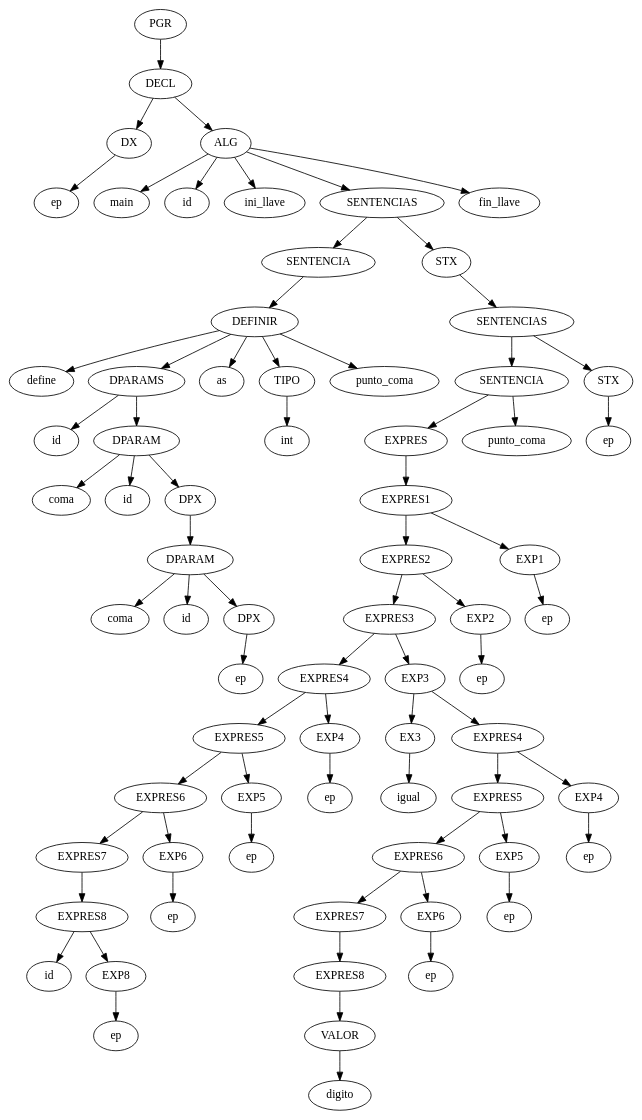
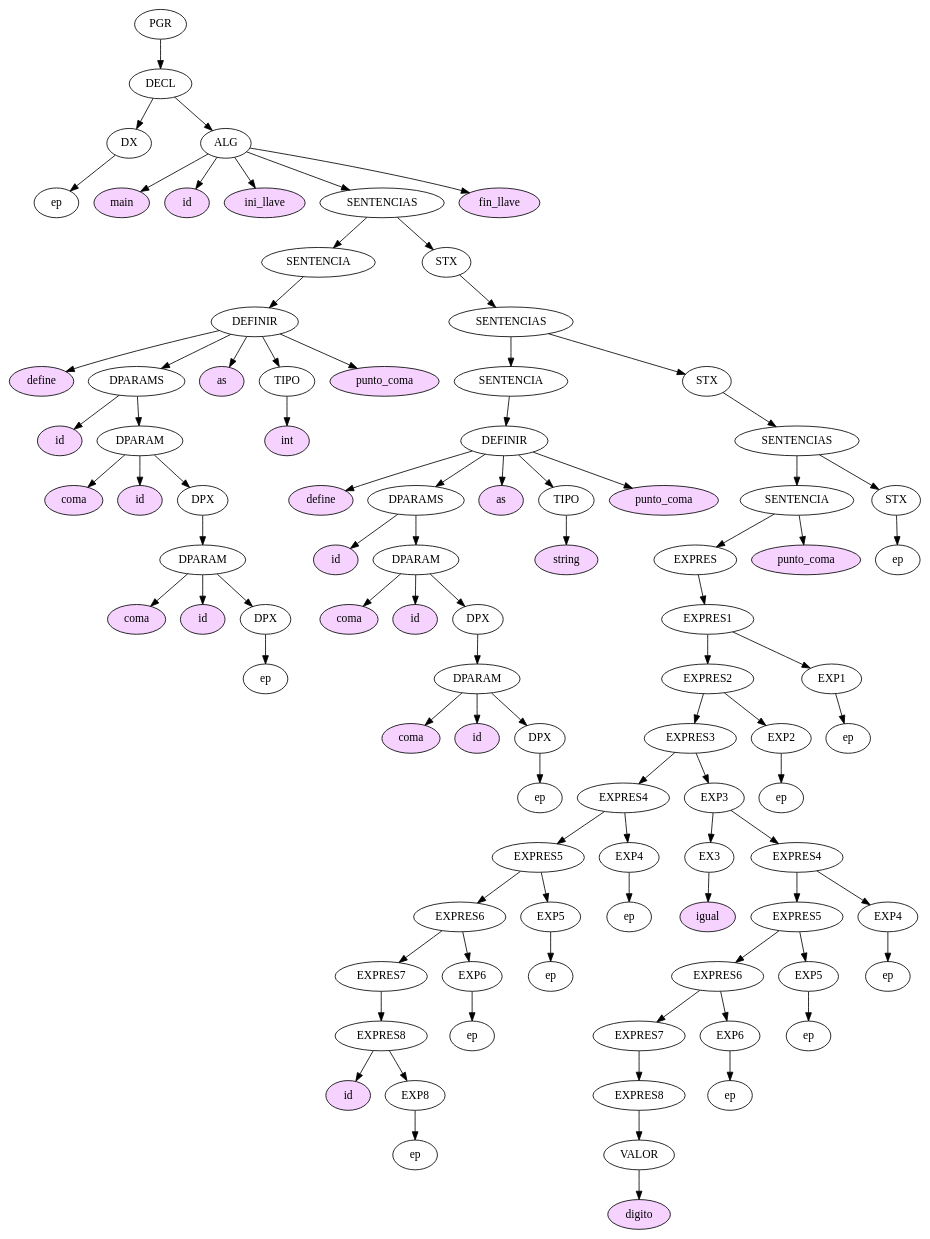
Before and after one commit to l0stKitten/Grammar: the diagram in doctest-output/graficoGRAMAR.gv, drawn with Graphviz. The commit also changed 5 other files, not shown here.

```diff
--- a/doctest-output/graficoGRAMAR.gv
+++ b/doctest-output/graficoGRAMAR.gv
@@ -11,15 +11,15 @@
 	4 [label=ep]
 	2 -> 4 [ordering=out]
 	3 [label=ALG]
-	5 [label=main]
+	5 [label=main fillcolor="#F6D2FF" style=filled]
 	3 -> 5 [ordering=out]
-	6 [label=id]
+	6 [label=id fillcolor="#F6D2FF" style=filled]
 	3 -> 6 [ordering=out]
-	7 [label=ini_llave]
+	7 [label=ini_llave fillcolor="#F6D2FF" style=filled]
 	3 -> 7 [ordering=out]
 	8 [label=SENTENCIAS]
 	3 -> 8 [ordering=out]
-	9 [label=fin_llave]
+	9 [label=fin_llave fillcolor="#F6D2FF" style=filled]
 	3 -> 9 [ordering=out]
 	8 [label=SENTENCIAS]
 	10 [label=SENTENCIA]
@@ -30,25 +30,25 @@
 	12 [label=DEFINIR]
 	10 -> 12 [ordering=out]
 	12 [label=DEFINIR]
-	13 [label=define]
+	13 [label=define fillcolor="#F6D2FF" style=filled]
 	12 -> 13 [ordering=out]
 	14 [label=DPARAMS]
 	12 -> 14 [ordering=out]
-	15 [label=as]
+	15 [label=as fillcolor="#F6D2FF" style=filled]
 	12 -> 15 [ordering=out]
 	16 [label=TIPO]
 	12 -> 16 [ordering=out]
-	17 [label=punto_coma]
+	17 [label=punto_coma fillcolor="#F6D2FF" style=filled]
 	12 -> 17 [ordering=out]
 	14 [label=DPARAMS]
-	18 [label=id]
+	18 [label=id fillcolor="#F6D2FF" style=filled]
 	14 -> 18 [ordering=out]
 	19 [label=DPARAM]
 	14 -> 19 [ordering=out]
 	19 [label=DPARAM]
-	20 [label=coma]
+	20 [label=coma fillcolor="#F6D2FF" style=filled]
 	19 -> 20 [ordering=out]
-	21 [label=id]
+	21 [label=id fillcolor="#F6D2FF" style=filled]
 	19 -> 21 [ordering=out]
 	22 [label=DPX]
 	19 -> 22 [ordering=out]
@@ -56,9 +56,9 @@
 	23 [label=DPARAM]
 	22 -> 23 [ordering=out]
 	23 [label=DPARAM]
-	24 [label=coma]
+	24 [label=coma fillcolor="#F6D2FF" style=filled]
 	23 -> 24 [ordering=out]
-	25 [label=id]
+	25 [label=id fillcolor="#F6D2FF" style=filled]
 	23 -> 25 [ordering=out]
 	26 [label=DPX]
 	23 -> 26 [ordering=out]
@@ -66,7 +66,7 @@
 	27 [label=ep]
 	26 -> 27 [ordering=out]
 	16 [label=TIPO]
-	28 [label=int]
+	28 [label=int fillcolor="#F6D2FF" style=filled]
 	16 -> 28 [ordering=out]
 	11 [label=STX]
 	29 [label=SENTENCIAS]
@@ -77,111 +77,161 @@
 	31 [label=STX]
 	29 -> 31 [ordering=out]
 	30 [label=SENTENCIA]
-	32 [label=EXPRES]
+	32 [label=DEFINIR]
 	30 -> 32 [ordering=out]
-	33 [label=punto_coma]
-	30 -> 33 [ordering=out]
-	32 [label=EXPRES]
-	34 [label=EXPRES1]
+	32 [label=DEFINIR]
+	33 [label=define fillcolor="#F6D2FF" style=filled]
+	32 -> 33 [ordering=out]
+	34 [label=DPARAMS]
 	32 -> 34 [ordering=out]
-	34 [label=EXPRES1]
-	35 [label=EXPRES2]
-	34 -> 35 [ordering=out]
-	36 [label=EXP1]
-	34 -> 36 [ordering=out]
-	35 [label=EXPRES2]
-	37 [label=EXPRES3]
-	35 -> 37 [ordering=out]
-	38 [label=EXP2]
-	35 -> 38 [ordering=out]
-	37 [label=EXPRES3]
-	39 [label=EXPRES4]
-	37 -> 39 [ordering=out]
-	40 [label=EXP3]
-	37 -> 40 [ordering=out]
-	39 [label=EXPRES4]
-	41 [label=EXPRES5]
+	35 [label=as fillcolor="#F6D2FF" style=filled]
+	32 -> 35 [ordering=out]
+	36 [label=TIPO]
+	32 -> 36 [ordering=out]
+	37 [label=punto_coma fillcolor="#F6D2FF" style=filled]
+	32 -> 37 [ordering=out]
+	34 [label=DPARAMS]
+	38 [label=id fillcolor="#F6D2FF" style=filled]
+	34 -> 38 [ordering=out]
+	39 [label=DPARAM]
+	34 -> 39 [ordering=out]
+	39 [label=DPARAM]
+	40 [label=coma fillcolor="#F6D2FF" style=filled]
+	39 -> 40 [ordering=out]
+	41 [label=id fillcolor="#F6D2FF" style=filled]
 	39 -> 41 [ordering=out]
-	42 [label=EXP4]
+	42 [label=DPX]
 	39 -> 42 [ordering=out]
-	41 [label=EXPRES5]
-	43 [label=EXPRES6]
-	41 -> 43 [ordering=out]
-	44 [label=EXP5]
-	41 -> 44 [ordering=out]
-	43 [label=EXPRES6]
-	45 [label=EXPRES7]
+	42 [label=DPX]
+	43 [label=DPARAM]
+	42 -> 43 [ordering=out]
+	43 [label=DPARAM]
+	44 [label=coma fillcolor="#F6D2FF" style=filled]
+	43 -> 44 [ordering=out]
+	45 [label=id fillcolor="#F6D2FF" style=filled]
 	43 -> 45 [ordering=out]
-	46 [label=EXP6]
+	46 [label=DPX]
 	43 -> 46 [ordering=out]
-	45 [label=EXPRES7]
-	47 [label=EXPRES8]
-	45 -> 47 [ordering=out]
-	47 [label=EXPRES8]
-	48 [label=id]
-	47 -> 48 [ordering=out]
-	49 [label=EXP8]
-	47 -> 49 [ordering=out]
-	49 [label=EXP8]
-	50 [label=ep]
+	46 [label=DPX]
+	47 [label=ep]
+	46 -> 47 [ordering=out]
+	36 [label=TIPO]
+	48 [label=string fillcolor="#F6D2FF" style=filled]
+	36 -> 48 [ordering=out]
+	31 [label=STX]
+	49 [label=SENTENCIAS]
+	31 -> 49 [ordering=out]
+	49 [label=SENTENCIAS]
+	50 [label=SENTENCIA]
 	49 -> 50 [ordering=out]
-	46 [label=EXP6]
-	51 [label=ep]
-	46 -> 51 [ordering=out]
-	44 [label=EXP5]
-	52 [label=ep]
-	44 -> 52 [ordering=out]
-	42 [label=EXP4]
-	53 [label=ep]
-	42 -> 53 [ordering=out]
-	40 [label=EXP3]
-	54 [label=EX3]
-	40 -> 54 [ordering=out]
-	55 [label=EXPRES4]
-	40 -> 55 [ordering=out]
-	54 [label=EX3]
-	56 [label=igual]
+	51 [label=STX]
+	49 -> 51 [ordering=out]
+	50 [label=SENTENCIA]
+	52 [label=EXPRES]
+	50 -> 52 [ordering=out]
+	53 [label=punto_coma fillcolor="#F6D2FF" style=filled]
+	50 -> 53 [ordering=out]
+	52 [label=EXPRES]
+	54 [label=EXPRES1]
+	52 -> 54 [ordering=out]
+	54 [label=EXPRES1]
+	55 [label=EXPRES2]
+	54 -> 55 [ordering=out]
+	56 [label=EXP1]
 	54 -> 56 [ordering=out]
-	55 [label=EXPRES4]
-	57 [label=EXPRES5]
+	55 [label=EXPRES2]
+	57 [label=EXPRES3]
 	55 -> 57 [ordering=out]
-	58 [label=EXP4]
+	58 [label=EXP2]
 	55 -> 58 [ordering=out]
-	57 [label=EXPRES5]
-	59 [label=EXPRES6]
+	57 [label=EXPRES3]
+	59 [label=EXPRES4]
 	57 -> 59 [ordering=out]
-	60 [label=EXP5]
+	60 [label=EXP3]
 	57 -> 60 [ordering=out]
-	59 [label=EXPRES6]
-	61 [label=EXPRES7]
+	59 [label=EXPRES4]
+	61 [label=EXPRES5]
 	59 -> 61 [ordering=out]
-	62 [label=EXP6]
+	62 [label=EXP4]
 	59 -> 62 [ordering=out]
-	61 [label=EXPRES7]
-	63 [label=EXPRES8]
+	61 [label=EXPRES5]
+	63 [label=EXPRES6]
 	61 -> 63 [ordering=out]
-	63 [label=EXPRES8]
-	64 [label=VALOR]
-	63 -> 64 [ordering=out]
-	64 [label=VALOR]
-	65 [label=digito]
-	64 -> 65 [ordering=out]
-	62 [label=EXP6]
-	66 [label=ep]
-	62 -> 66 [ordering=out]
-	60 [label=EXP5]
-	67 [label=ep]
-	60 -> 67 [ordering=out]
-	58 [label=EXP4]
-	68 [label=ep]
-	58 -> 68 [ordering=out]
-	38 [label=EXP2]
-	69 [label=ep]
-	38 -> 69 [ordering=out]
-	36 [label=EXP1]
+	64 [label=EXP5]
+	61 -> 64 [ordering=out]
+	63 [label=EXPRES6]
+	65 [label=EXPRES7]
+	63 -> 65 [ordering=out]
+	66 [label=EXP6]
+	63 -> 66 [ordering=out]
+	65 [label=EXPRES7]
+	67 [label=EXPRES8]
+	65 -> 67 [ordering=out]
+	67 [label=EXPRES8]
+	68 [label=id fillcolor="#F6D2FF" style=filled]
+	67 -> 68 [ordering=out]
+	69 [label=EXP8]
+	67 -> 69 [ordering=out]
+	69 [label=EXP8]
 	70 [label=ep]
-	36 -> 70 [ordering=out]
-	31 [label=STX]
+	69 -> 70 [ordering=out]
+	66 [label=EXP6]
 	71 [label=ep]
-	31 -> 71 [ordering=out]
+	66 -> 71 [ordering=out]
+	64 [label=EXP5]
+	72 [label=ep]
+	64 -> 72 [ordering=out]
+	62 [label=EXP4]
+	73 [label=ep]
+	62 -> 73 [ordering=out]
+	60 [label=EXP3]
+	74 [label=EX3]
+	60 -> 74 [ordering=out]
+	75 [label=EXPRES4]
+	60 -> 75 [ordering=out]
+	74 [label=EX3]
+	76 [label=igual fillcolor="#F6D2FF" style=filled]
+	74 -> 76 [ordering=out]
+	75 [label=EXPRES4]
+	77 [label=EXPRES5]
+	75 -> 77 [ordering=out]
+	78 [label=EXP4]
+	75 -> 78 [ordering=out]
+	77 [label=EXPRES5]
+	79 [label=EXPRES6]
+	77 -> 79 [ordering=out]
+	80 [label=EXP5]
+	77 -> 80 [ordering=out]
+	79 [label=EXPRES6]
+	81 [label=EXPRES7]
+	79 -> 81 [ordering=out]
+	82 [label=EXP6]
+	79 -> 82 [ordering=out]
+	81 [label=EXPRES7]
+	83 [label=EXPRES8]
+	81 -> 83 [ordering=out]
+	83 [label=EXPRES8]
+	84 [label=VALOR]
+	83 -> 84 [ordering=out]
+	84 [label=VALOR]
+	85 [label=digito fillcolor="#F6D2FF" style=filled]
+	84 -> 85 [ordering=out]
+	82 [label=EXP6]
+	86 [label=ep]
+	82 -> 86 [ordering=out]
+	80 [label=EXP5]
+	87 [label=ep]
+	80 -> 87 [ordering=out]
+	78 [label=EXP4]
+	88 [label=ep]
+	78 -> 88 [ordering=out]
+	58 [label=EXP2]
+	89 [label=ep]
+	58 -> 89 [ordering=out]
+	56 [label=EXP1]
+	90 [label=ep]
+	56 -> 90 [ordering=out]
+	51 [label=STX]
+	91 [label=ep]
+	51 -> 91 [ordering=out]
 }
```
